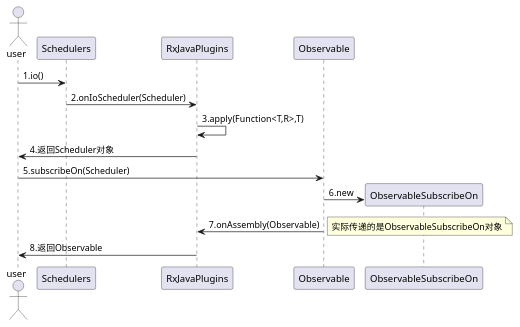
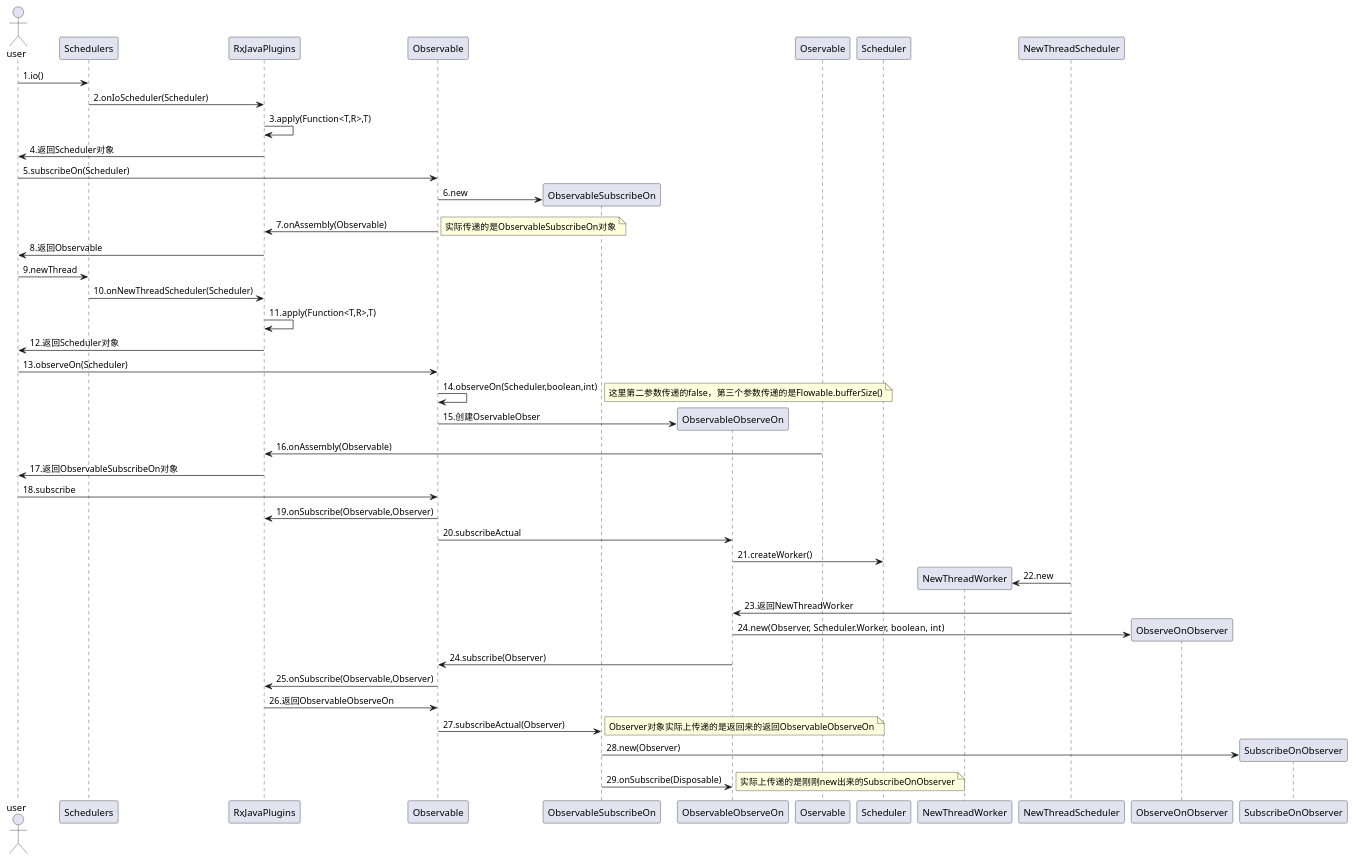
Before and after one commit to tracyxia716/SourceUML: the diagram in rxjava/切换线程.wsd, drawn with PlantUML.

Commit message:
线程切换step1

```diff
--- a/rxjava/切换线程.wsd
+++ b/rxjava/切换线程.wsd
@@ -1,26 +1,66 @@
 @startuml 切换线程
 actor user
 
 user->Schedulers : 1.io()
 Schedulers->RxJavaPlugins : 2.onIoScheduler(Scheduler)
 RxJavaPlugins->RxJavaPlugins : 3.apply(Function<T,R>,T)
 RxJavaPlugins->user : 4.返回Scheduler对象
 
 user->Observable : 5.subscribeOn(Scheduler)
-
 create ObservableSubscribeOn
 Observable -> ObservableSubscribeOn:6.new
-
 Observable->RxJavaPlugins : 7.onAssembly(Observable)
 note right : 实际传递的是ObservableSubscribeOn对象
+RxJavaPlugins->user : 8.返回Observable
 
-RxJavaPlugins->user : 8.返回Observable
+
+user->Schedulers : 9.newThread
+Schedulers->RxJavaPlugins : 10.onNewThreadScheduler(Scheduler)
+RxJavaPlugins->RxJavaPlugins : 11.apply(Function<T,R>,T)
+RxJavaPlugins->user : 12.返回Scheduler对象
+
+
+
+user->Observable : 13.observeOn(Scheduler)
+Observable->Observable : 14.observeOn(Scheduler,boolean,int)
+note right : 这里第二参数传递的false，第三个参数传递的是Flowable.bufferSize()
+create ObservableObserveOn
+Observable->ObservableObserveOn:15.创建OservableObser
+Oservable->RxJavaPlugins:16.onAssembly(Observable)
+RxJavaPlugins->user:17.返回ObservableSubscribeOn对象
+
+
+user->Observable : 18.subscribe
+Observable ->  RxJavaPlugins : 19.onSubscribe(Observable,Observer)
+Observable -> ObservableObserveOn : 20.subscribeActual
+ObservableObserveOn -> Scheduler : 21.createWorker()
+create NewThreadWorker
+NewThreadScheduler -> NewThreadWorker : 22.new
+NewThreadScheduler -> ObservableObserveOn : 23.返回NewThreadWorker
+
+create ObserveOnObserver
+ObservableObserveOn -> ObserveOnObserver : 24.new(Observer, Scheduler.Worker, boolean, int)
+ObservableObserveOn -> Observable : 24.subscribe(Observer)
+Observable -> RxJavaPlugins : 25.onSubscribe(Observable,Observer)
+RxJavaPlugins->Observable : 26.返回ObservableObserveOn
+Observable->ObservableSubscribeOn: 27.subscribeActual(Observer)
+note right : Observer对象实际上传递的是返回来的返回ObservableObserveOn
+create SubscribeOnObserver
+ObservableSubscribeOn -> SubscribeOnObserver : 28.new(Observer)
+ObservableSubscribeOn -> ObservableObserveOn : 29.onSubscribe(Disposable)
+note right : 实际上传递的是刚刚new出来的SubscribeOnObserver
+
+
+
+
+
+
 
 
 
 ' user->ObservableCreate : 1.subscribeOn()
 ' create ObservableSubscribeOn
 ' ObservableCreate -> ObservableSubscribeOn : 2.new
 ' ObservableCreate->RxJavaPlugins : 3.onAssembly
 ' RxJavaPlugins -> user : 4.ObservableSubscribeOn
 @enduml
```
